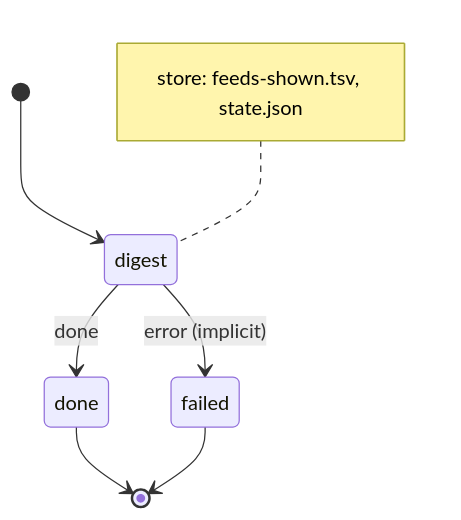
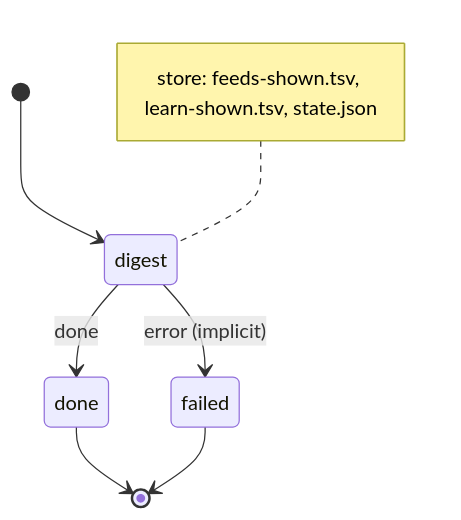
The diagram in automation/graph/you_were_here.md (jtmckay/existential), drawn with Mermaid before and after one commit. The commit also changed 42 other files, not shown here.

````diff
--- a/automation/graph/you_were_here.md
+++ b/automation/graph/you_were_here.md
@@ -7,11 +7,11 @@
 ```mermaid
 stateDiagram-v2
     [*] --> digest
     digest --> done: done
     digest --> failed: error (implicit)
     done --> [*]
     failed --> [*]
     note left of digest
-        store: feeds-shown.tsv, state.json
+        store: feeds-shown.tsv, learn-shown.tsv, state.json
     end note
 ```
````
